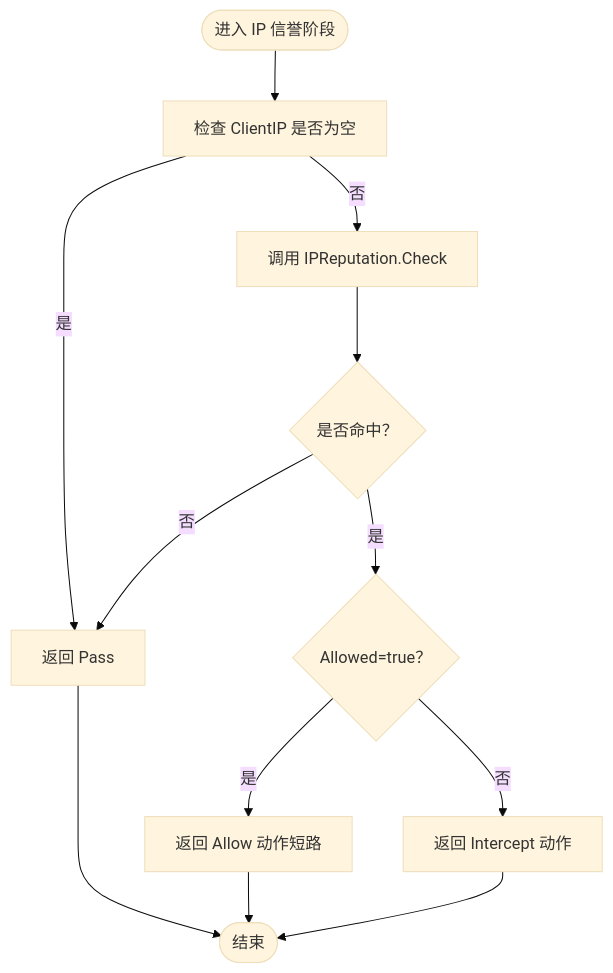
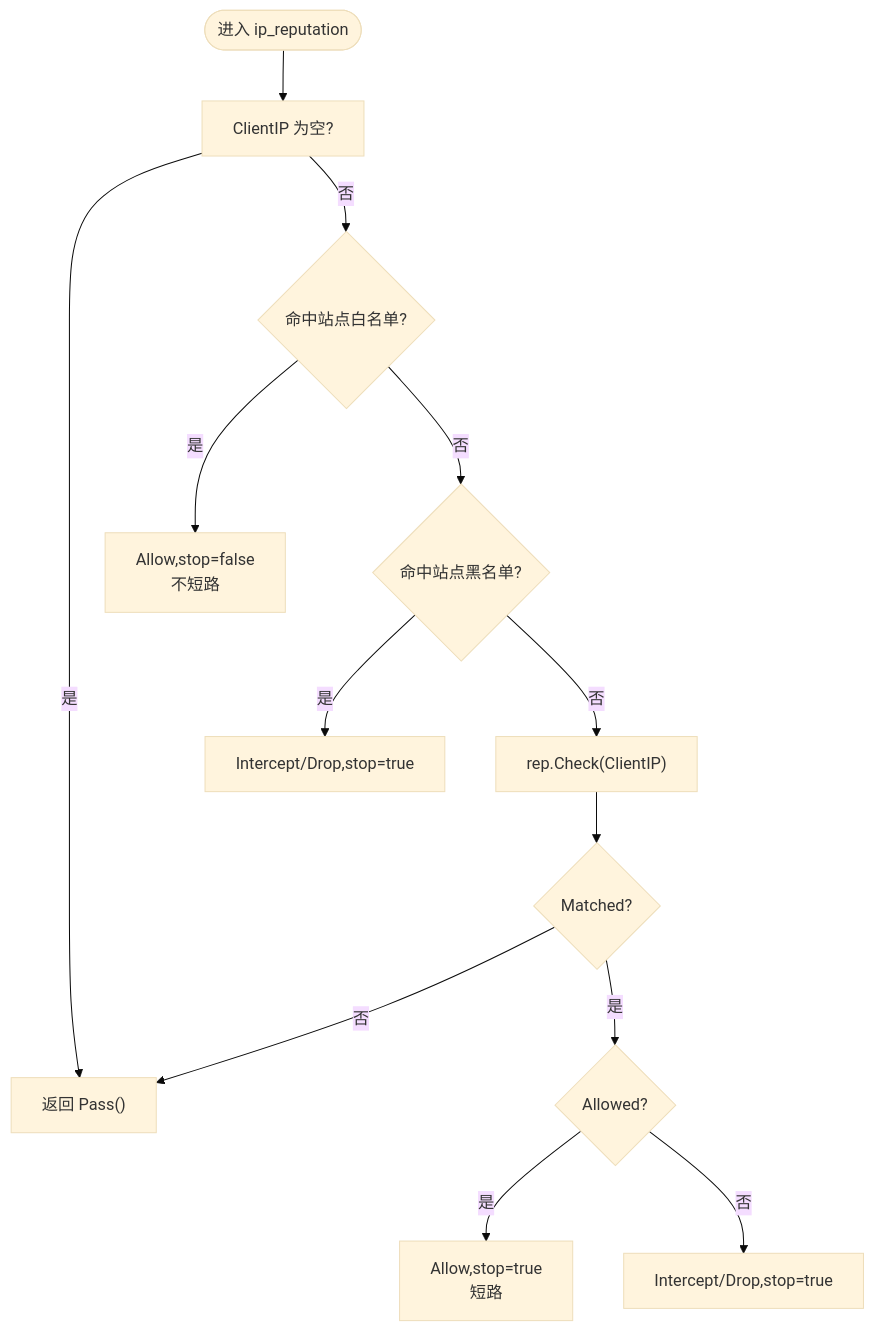
One commit to x01n/My-OpenWaf changed the fourth of 6 diagrams in docs/WAF 引擎系统/处理阶段详解/IP 信誉检查阶段.md. Above: the diagram before and after it, drawn with Mermaid (base theme). The commit also changed other lines of this file and 622 other files, not shown here.

````diff
--- a/docs/WAF 引擎系统/处理阶段详解/IP 信誉检查阶段.md
+++ b/docs/WAF 引擎系统/处理阶段详解/IP 信誉检查阶段.md
@@ -179,14 +194,15 @@
 ```mermaid
 flowchart TD
-Start(["进入 IP 信誉阶段"]) --> CheckIP["检查 ClientIP 是否为空"]
-CheckIP --> |是| Pass["返回 Pass"]
-CheckIP --> |否| CallCheck["调用 IPReputation.Check"]
-CallCheck --> Matched{"是否命中？"}
-Matched --> |否| Pass
-Matched --> |是| Allowed{"Allowed=true？"}
-Allowed --> |是| AllowAct["返回 Allow 动作短路"]
-Allowed --> |否| BlockAct["返回 Intercept 动作"]
-AllowAct --> End(["结束"])
-BlockAct --> End
-Pass --> End
+Start(["进入 ip_reputation"]) --> CheckIP["ClientIP 为空?"]
+CheckIP --> |是| Pass["返回 Pass()"]
+CheckIP --> |否| SWL{"命中站点白名单?"}
+SWL --> |是| AllowNS["Allow,stop=false<br>不短路"]
+SWL --> |否| SBL{"命中站点黑名单?"}
+SBL --> |是| SBlock["Intercept/Drop,stop=true"]
+SBL --> |否| Check["rep.Check(ClientIP)"]
+Check --> M{"Matched?"}
+M --> |否| Pass
+M --> |是| A{"Allowed?"}
+A --> |是| Gwl["Allow,stop=true<br>短路"]
+A --> |否| Gbl["Intercept/Drop,stop=true"]
 ```
````
